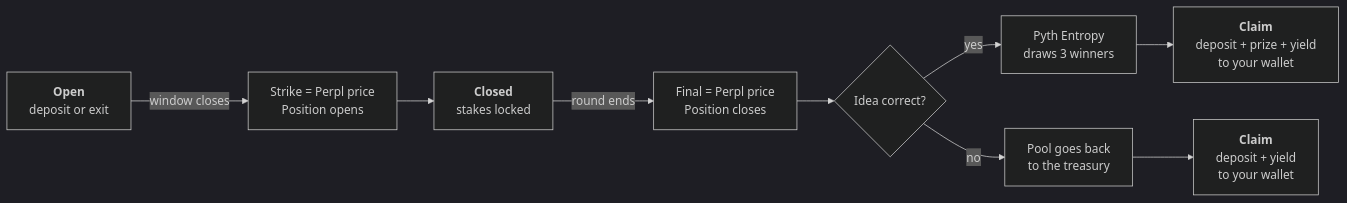
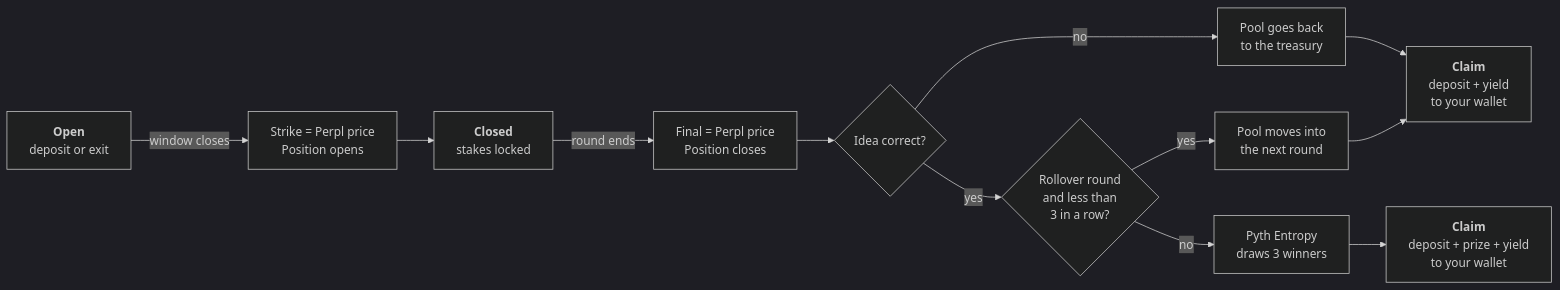
One commit to kovdanielgh/rounds changed the second of 2 diagrams in README.md. Above: the diagram before and after it, drawn with Mermaid (dark theme). The commit also changed other lines of this file, not shown here.

````diff
--- a/README.md
+++ b/README.md
@@ -51,11 +51,14 @@
 ```mermaid
 flowchart LR
     A["<b>Open</b><br/>deposit or exit"] -- "window closes" --> B["Strike = Perpl price<br/>Position opens"]
     B --> C["<b>Closed</b><br/>stakes locked"]
     C -- "round ends" --> D["Final = Perpl price<br/>Position closes"]
     D --> Q{"Idea correct?"}
-    Q -- "yes" --> F["Pyth Entropy<br/>draws 3 winners"]
+    Q -- "yes" --> R{"Rollover round<br/>and less than<br/>3 in a row?"}
+    R -- "yes" --> N["Pool moves into<br/>the next round"]
+    R -- "no" --> F["Pyth Entropy<br/>draws 3 winners"]
+    N --> H2
     Q -- "no" --> G["Pool goes back<br/>to the treasury"]
     F --> H["<b>Claim</b><br/>deposit + prize + yield<br/>to your wallet"]
     G --> H2["<b>Claim</b><br/>deposit + yield<br/>to your wallet"]
 ```
````
